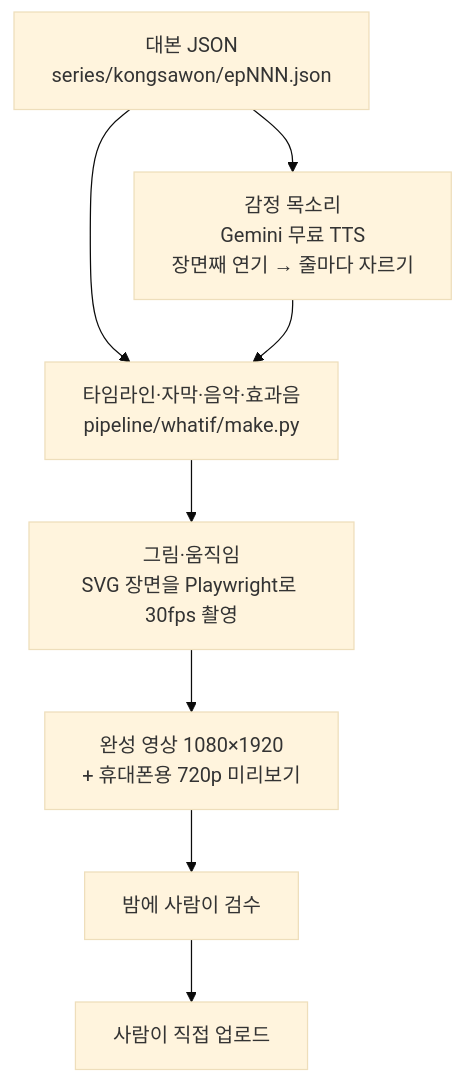
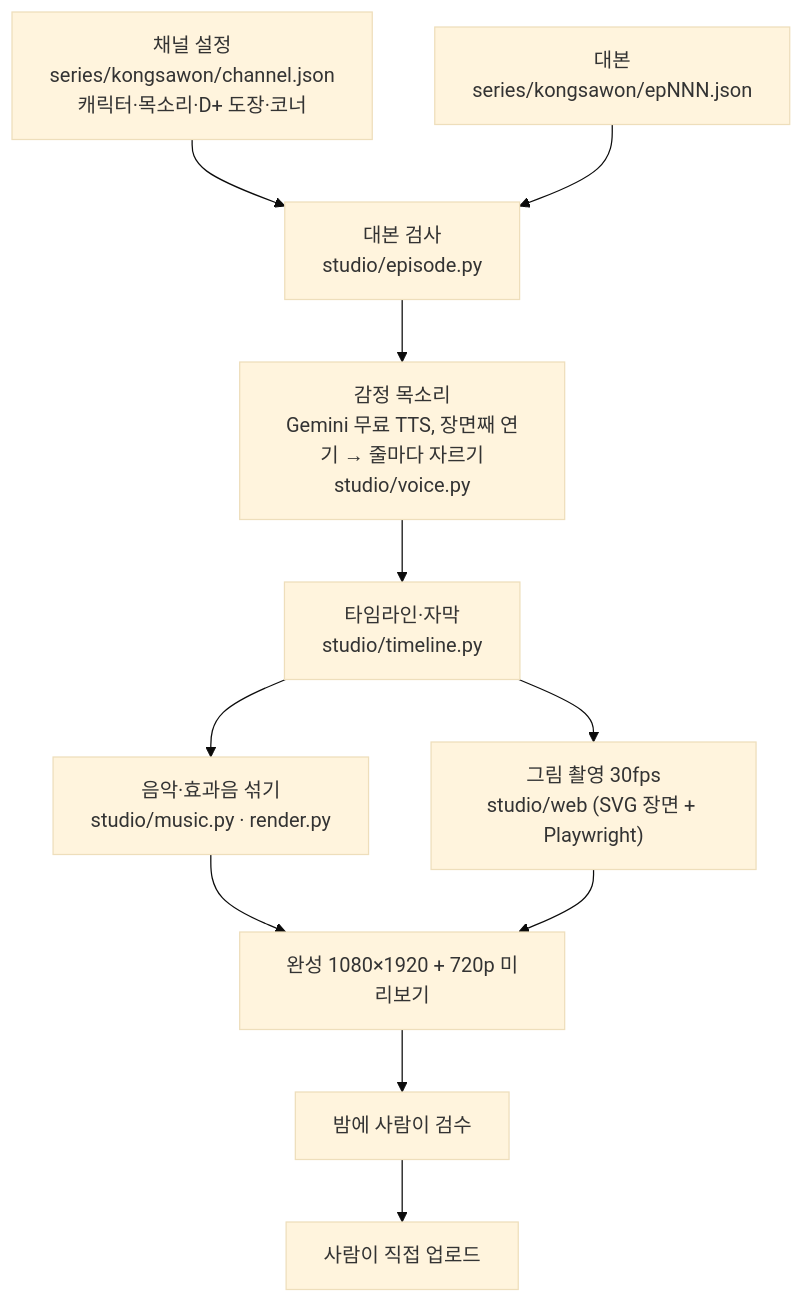
The second of 2 diagrams in README.md (parkmin-je/saebyeok3si), drawn with Mermaid (base theme) before and after one commit. The commit also changed other lines of this file and 176 other files, not shown here.

````diff
--- a/README.md
+++ b/README.md
@@ -96,9 +96,12 @@
 ```mermaid
 flowchart TD
-  S["대본 JSON<br/>series/kongsawon/epNNN.json"] --> V["감정 목소리<br/>Gemini 무료 TTS<br/>장면째 연기 → 줄마다 자르기"]
-  S --> T["타임라인·자막·음악·효과음<br/>pipeline/whatif/make.py"]
-  V --> T
-  T --> R["그림·움직임<br/>SVG 장면을 Playwright로 30fps 촬영"]
-  R --> M["완성 영상 1080×1920<br/>+ 휴대폰용 720p 미리보기"]
+  C["채널 설정<br/>series/kongsawon/channel.json<br/>캐릭터·목소리·D+ 도장·코너"] --> E
+  S["대본<br/>series/kongsawon/epNNN.json"] --> E["대본 검사<br/>studio/episode.py"]
+  E --> V["감정 목소리<br/>Gemini 무료 TTS, 장면째 연기 → 줄마다 자르기<br/>studio/voice.py"]
+  V --> T["타임라인·자막<br/>studio/timeline.py"]
+  T --> A["음악·효과음 섞기<br/>studio/music.py · render.py"]
+  T --> R["그림 촬영 30fps<br/>studio/web (SVG 장면 + Playwright)"]
+  A --> M["완성 1080×1920 + 720p 미리보기"]
+  R --> M
   M --> H["밤에 사람이 검수"] --> U["사람이 직접 업로드"]
 ```
````
